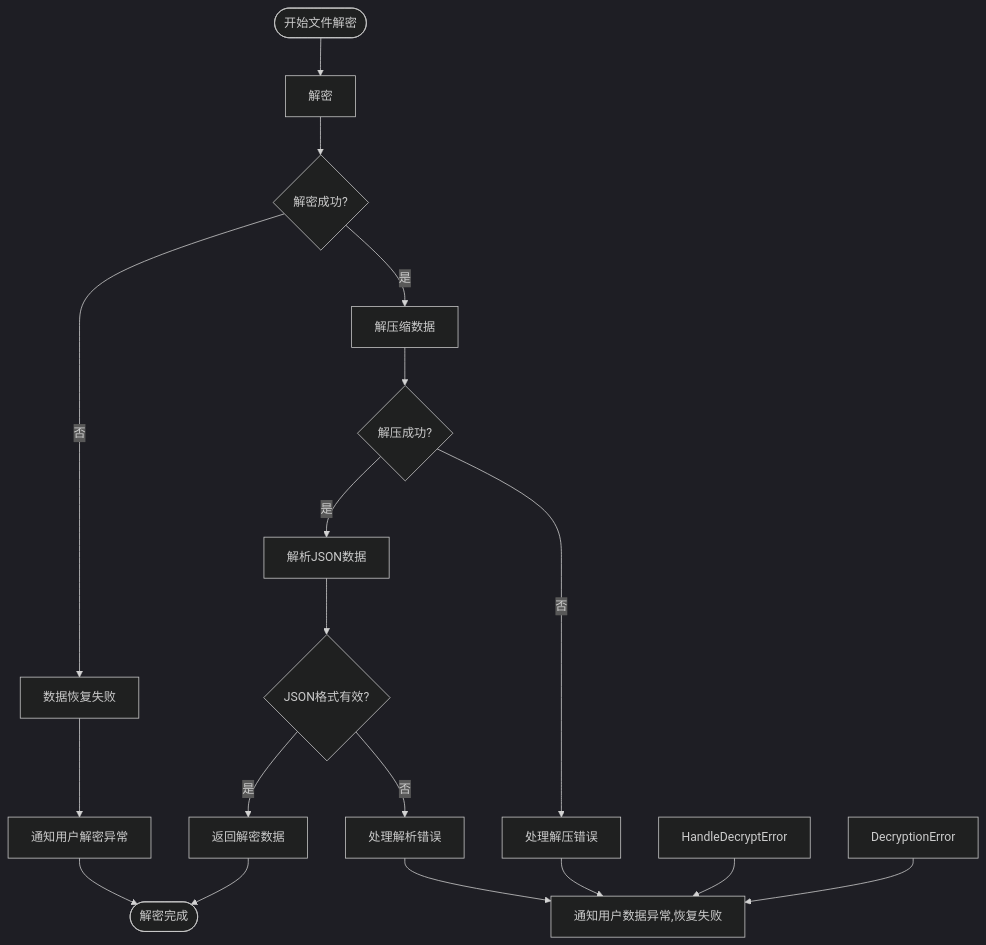
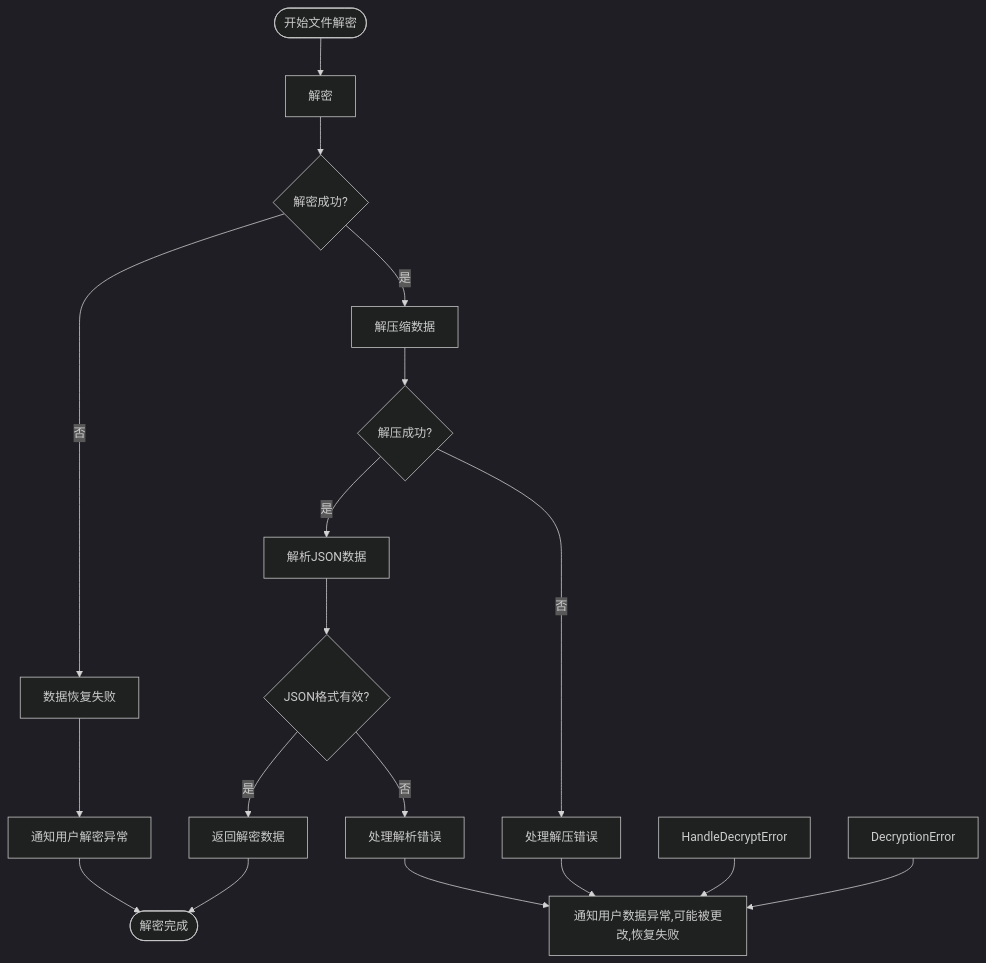
One commit to yingjianzh/iodraw-files changed the diagram in all/未命名-53.md. Above: the diagram before and after it, drawn with Mermaid (dark theme).

Commit message:
2025-05-09 18:12:23 update

````diff
--- a/all/未命名-53.md
+++ b/all/未命名-53.md
@@ -1,26 +1,26 @@
 ```mermaid
 flowchart TD
     Start([开始文件解密]) --> ReadFile[解密]
     ReadFile --> DecryptionSuccess{解密成功?}
     
     DecryptionSuccess -->|否| A[数据恢复失败]
     DecryptionSuccess -->|是| DecompressData[解压缩数据]
     
     DecompressData --> DecompressionSuccess{解压成功?}
     DecompressionSuccess -->|否| HandleDecompressError[处理解压错误]
     DecompressionSuccess -->|是| ParseJSON[解析JSON数据]
     
     ParseJSON --> JSONValid{JSON格式有效?}
     JSONValid -->|否| HandleParseError[处理解析错误]
     JSONValid -->|是| ReturnDecryptedData[返回解密数据]
     
     ReturnDecryptedData --> End([解密完成])
     
-    DecryptionError --> LogError[通知用户数据异常,恢复失败]
+    DecryptionError --> LogError[通知用户数据异常,可能被更改,恢复失败]
     HandleDecryptError --> LogError
     HandleDecompressError --> LogError
     HandleParseError --> LogError
     
     A --> ThrowException[通知用户解密异常]
     ThrowException --> End
 ```
````
